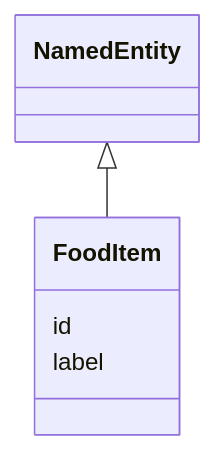
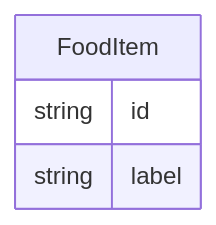
One commit to monarch-initiative/ontogpt changed the diagram in docs/recipe/FoodItem.md. Above: the diagram before and after it, drawn with Mermaid. The commit also changed 52 other files, not shown here.

````diff
--- a/docs/recipe/FoodItem.md
+++ b/docs/recipe/FoodItem.md
@@ -8,9 +8,10 @@
 ```mermaid
- classDiagram
-    class FoodItem
-      NamedEntity <|-- FoodItem
-      
-      FoodItem : id
-      FoodItem : label
-      
+erDiagram
+FoodItem {
+    string id  
+    string label  
+}
+
+
+
 ```
````
